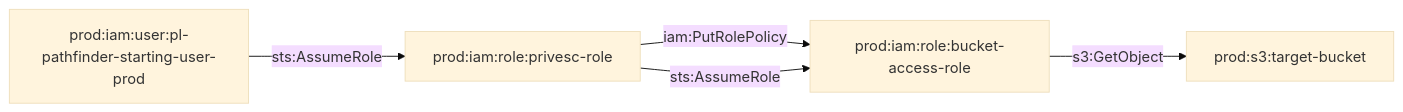
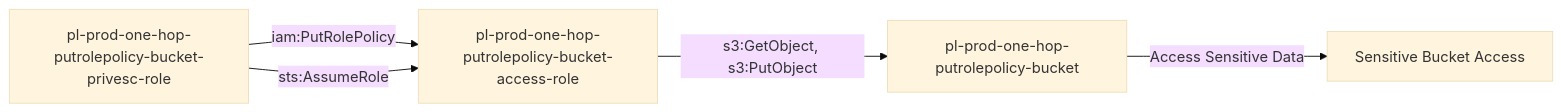
Before and after one commit to DataDog/pathfinding-labs: the diagram in modules/scenarios/prod/one-hop/to-bucket/iam-putrolepolicy/README.md, drawn with Mermaid (base theme). The commit also changed other lines of this file and 149 other files, not shown here.

````diff
--- a/modules/scenarios/prod/one-hop/to-bucket/iam-putrolepolicy/README.md
+++ b/modules/scenarios/prod/one-hop/to-bucket/iam-putrolepolicy/README.md
@@ -13,7 +22,7 @@
 ```mermaid
 graph LR
-    A[prod:iam:user:pl-pathfinder-starting-user-prod] -->|sts:AssumeRole| B[prod:iam:role:privesc-role]
-    B -->|iam:PutRolePolicy| C[prod:iam:role:bucket-access-role]
-    B -->|sts:AssumeRole| C
-    C -->|s3:GetObject| D[prod:s3:target-bucket]
+    A[pl-prod-one-hop-putrolepolicy-bucket-privesc-role] -->|iam:PutRolePolicy| B[pl-prod-one-hop-putrolepolicy-bucket-access-role]
+    A -->|sts:AssumeRole| B
+    B -->|s3:GetObject, s3:PutObject| C[pl-prod-one-hop-putrolepolicy-bucket]
+    C -->|Access Sensitive Data| D[Sensitive Bucket Access]
 ```
````
